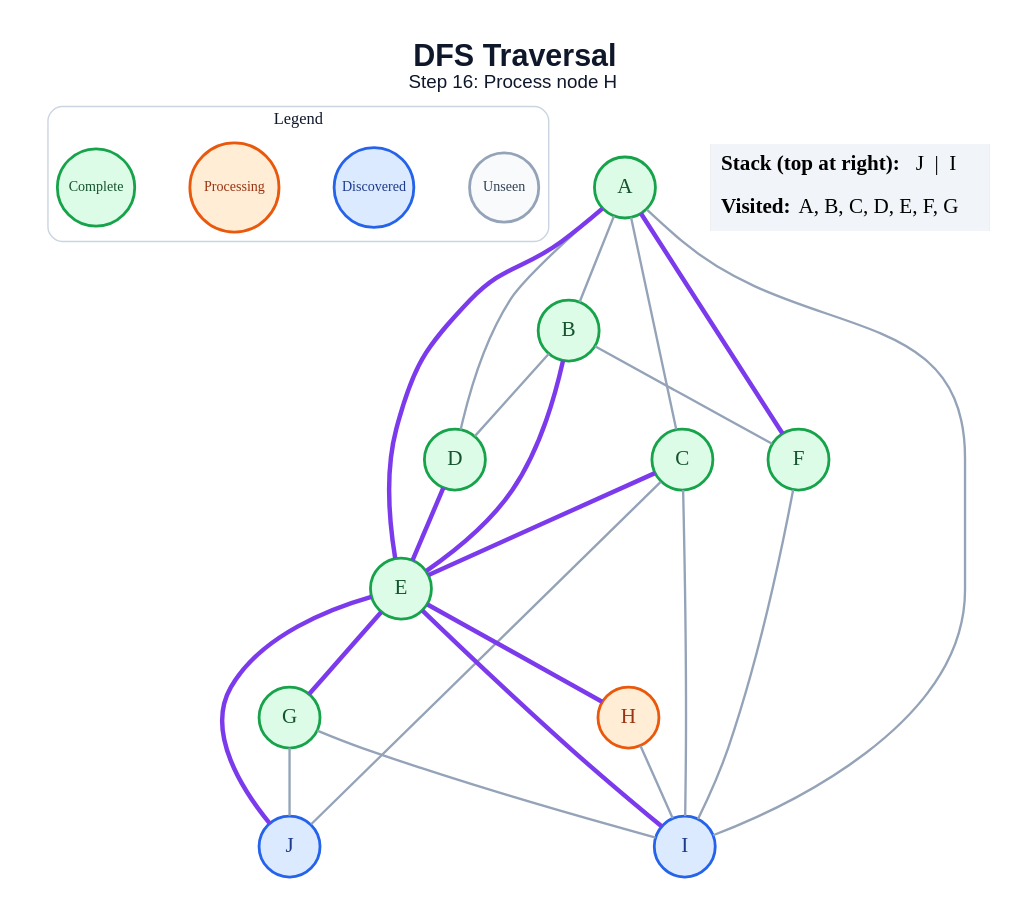
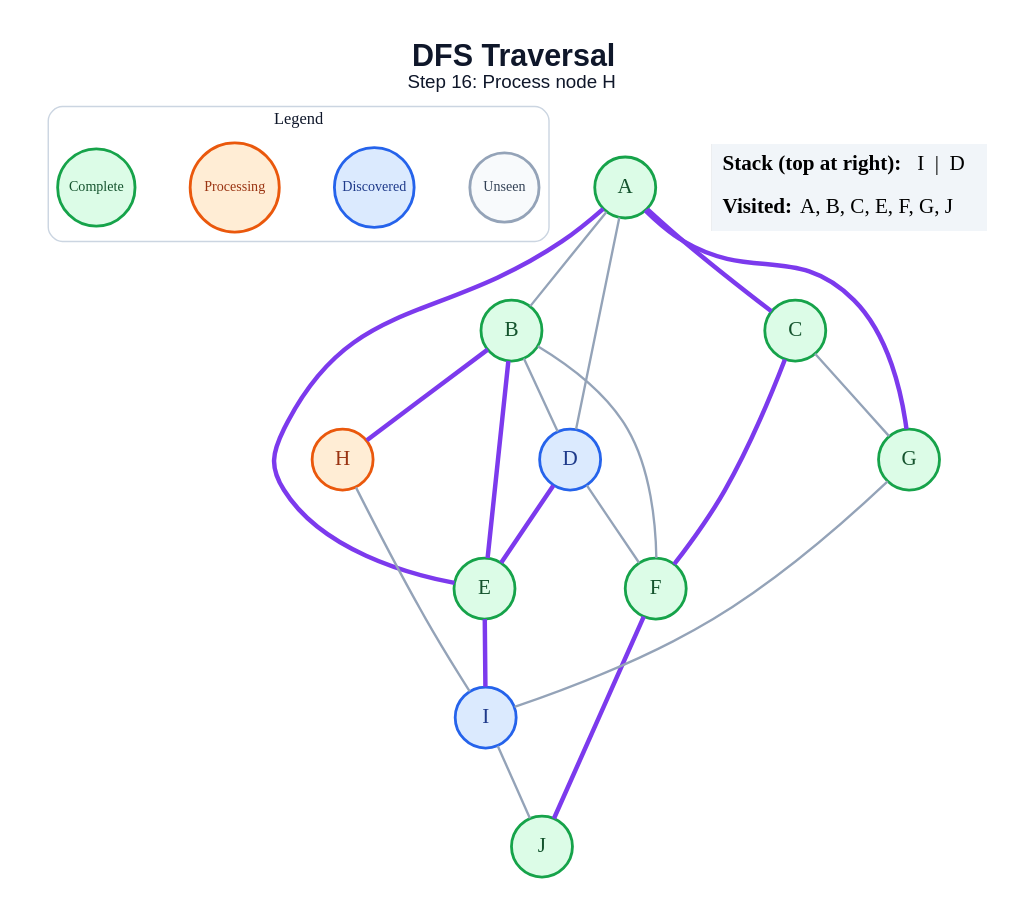
One commit to anon7238593-create/ai-slop changed the diagram in generated/specific-node/dfs/step_16.dot. Above: the diagram before and after it, drawn with Graphviz. The commit also changed 178 other files, not shown here.

```diff
--- a/generated/specific-node/dfs/step_16.dot
+++ b/generated/specific-node/dfs/step_16.dot
@@ -1,50 +1,47 @@
 graph traversal {
   graph [layout=dot, rankdir=TB, bgcolor="#FFFFFF", pad="0.35", nodesep="0.65", ranksep="0.8", fontname="Arial"];
   node [shape=circle, style="filled", fontname="Arial Bold", fontsize=18, width=0.72, fixedsize=true, penwidth=2.4];
   edge [color="#94A3B8", penwidth=2.0];
   label=<<B>DFS Traversal</B><BR/><FONT POINT-SIZE="16">Step 16: Process node H</FONT>>; labelloc="t"; fontsize=26; fontname="Arial"; fontcolor="#0F172A";
   subgraph cluster_legend { label="Legend"; color="#CBD5E1"; penwidth=1.2; style="rounded"; fontsize=14; fontname="Arial Bold";
     key_unseen [label="Unseen", fillcolor="#F8FAFC", color="#94A3B8", fontcolor="#334155", fontsize=12, width=0.82];
     key_frontier [label="Discovered", fillcolor="#DBEAFE", color="#2563EB", fontcolor="#1E3A8A", fontsize=12, width=0.95];
     key_current [label="Processing", fillcolor="#FFEDD5", color="#EA580C", fontcolor="#9A3412", fontsize=12, width=1.05];
     key_done [label="Complete", fillcolor="#DCFCE7", color="#16A34A", fontcolor="#14532D", fontsize=12, width=0.92];
     { rank=same; key_unseen; key_frontier; key_current; key_done; }
   }
   A [fillcolor="#DCFCE7", color="#16A34A", fontcolor="#14532D"];
   B [fillcolor="#DCFCE7", color="#16A34A", fontcolor="#14532D"];
   C [fillcolor="#DCFCE7", color="#16A34A", fontcolor="#14532D"];
-  D [fillcolor="#DCFCE7", color="#16A34A", fontcolor="#14532D"];
+  D [fillcolor="#DBEAFE", color="#2563EB", fontcolor="#1E3A8A"];
   E [fillcolor="#DCFCE7", color="#16A34A", fontcolor="#14532D"];
   F [fillcolor="#DCFCE7", color="#16A34A", fontcolor="#14532D"];
   G [fillcolor="#DCFCE7", color="#16A34A", fontcolor="#14532D"];
   H [fillcolor="#FFEDD5", color="#EA580C", fontcolor="#9A3412"];
   I [fillcolor="#DBEAFE", color="#2563EB", fontcolor="#1E3A8A"];
-  J [fillcolor="#DBEAFE", color="#2563EB", fontcolor="#1E3A8A"];
+  J [fillcolor="#DCFCE7", color="#16A34A", fontcolor="#14532D"];
   A -- B;
-  A -- C;
+  A -- C [color="#7C3AED", penwidth=3.8];
   A -- D;
   A -- E [color="#7C3AED", penwidth=3.8];
-  A -- F [color="#7C3AED", penwidth=3.8];
-  A -- I;
+  A -- G [color="#7C3AED", penwidth=3.8];
   B -- D;
   B -- E [color="#7C3AED", penwidth=3.8];
   B -- F;
-  C -- E [color="#7C3AED", penwidth=3.8];
-  C -- I;
-  C -- J;
+  B -- H [color="#7C3AED", penwidth=3.8];
+  C -- F [color="#7C3AED", penwidth=3.8];
+  C -- G;
   D -- E [color="#7C3AED", penwidth=3.8];
-  E -- G [color="#7C3AED", penwidth=3.8];
-  E -- H [color="#7C3AED", penwidth=3.8];
+  D -- F;
   E -- I [color="#7C3AED", penwidth=3.8];
-  E -- J [color="#7C3AED", penwidth=3.8];
-  F -- I;
+  F -- J [color="#7C3AED", penwidth=3.8];
   G -- I;
-  G -- J;
   H -- I;
+  I -- J;
   status [shape=plain, fixedsize=false, width=0, height=0, margin=0, label=<
     <TABLE BORDER="0" CELLBORDER="0" CELLPADDING="7" BGCOLOR="#F1F5F9">
-      <TR><TD ALIGN="LEFT"><B>Stack (top at right):</B> J  |  I</TD></TR>
-      <TR><TD ALIGN="LEFT"><B>Visited:</B> A, B, C, D, E, F, G</TD></TR>
+      <TR><TD ALIGN="LEFT"><B>Stack (top at right):</B> I  |  D</TD></TR>
+      <TR><TD ALIGN="LEFT"><B>Visited:</B> A, B, C, E, F, G, J</TD></TR>
     </TABLE>
   >];
 }
```
